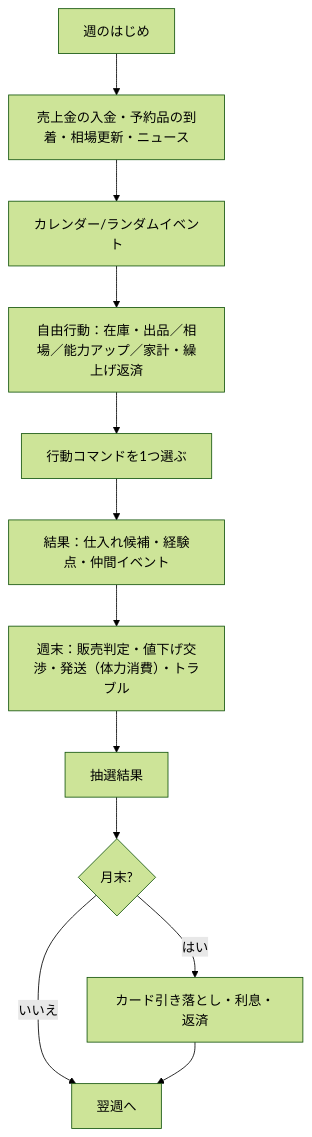
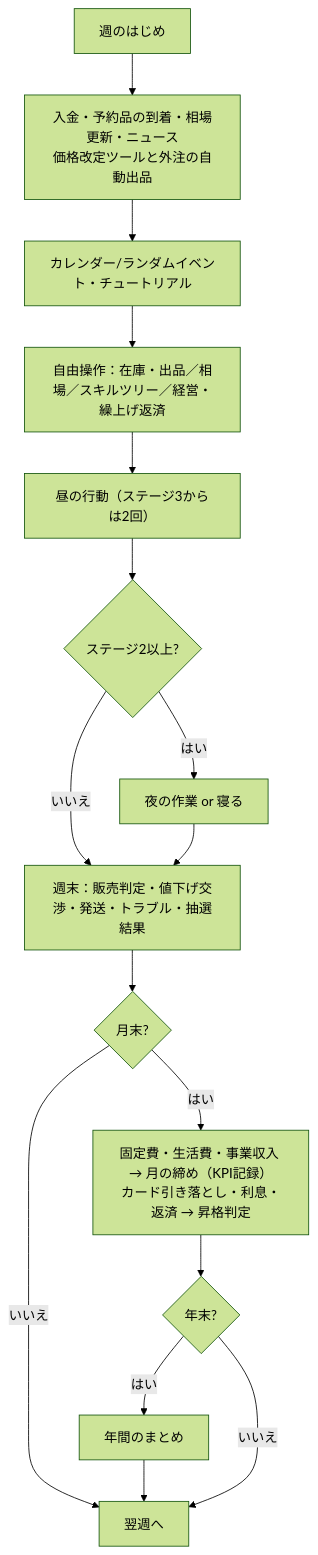
The diagram in docs/02_game_design.md (bearko/10buy-year), drawn with Mermaid (forest theme) before and after one commit. The commit also changed other lines of this file and 4 other files, not shown here.

````diff
--- a/docs/02_game_design.md
+++ b/docs/02_game_design.md
@@ -120,14 +166,17 @@
 ```mermaid
 flowchart TD
-  S[週のはじめ] --> N[売上金の入金・予約品の到着・相場更新・ニュース]
-  N --> E[カレンダー/ランダムイベント]
-  E --> F[自由行動：在庫・出品／相場／能力アップ／家計・繰上げ返済]
-  F --> C[行動コマンドを1つ選ぶ]
-  C --> R[結果：仕入れ候補・経験点・仲間イベント]
-  R --> W[週末：販売判定・値下げ交渉・発送（体力消費）・トラブル]
-  W --> L[抽選結果]
-  L --> M{月末?}
-  M -- はい --> P[カード引き落とし・利息・返済]
+  S[週のはじめ] --> N[入金・予約品の到着・相場更新・ニュース<br/>価格改定ツールと外注の自動出品]
+  N --> E[カレンダー/ランダムイベント・チュートリアル]
+  E --> F[自由操作：在庫・出品／相場／スキルツリー／経営・繰上げ返済]
+  F --> C[昼の行動（ステージ3からは2回）]
+  C --> NI{ステージ2以上?}
+  NI -- はい --> NW[夜の作業 or 寝る]
+  NI -- いいえ --> W
+  NW --> W[週末：販売判定・値下げ交渉・発送・トラブル・抽選結果]
+  W --> M{月末?}
+  M -- はい --> P[固定費・生活費・事業収入 → 月の締め（KPI記録）<br/>カード引き落とし・利息・返済 → 昇格判定]
   M -- いいえ --> X[翌週へ]
-  P --> X
+  P --> Y{年末?}
+  Y -- はい --> R[年間のまとめ] --> X
+  Y -- いいえ --> X
 ```
````
